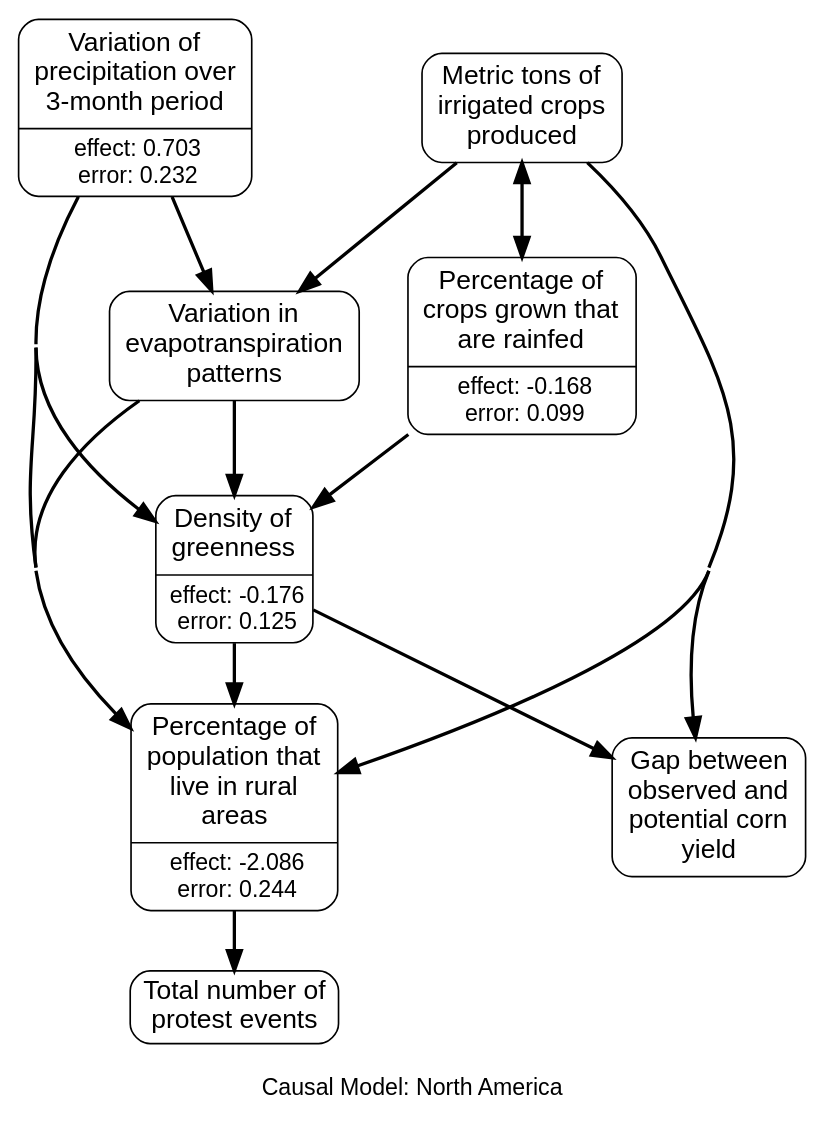
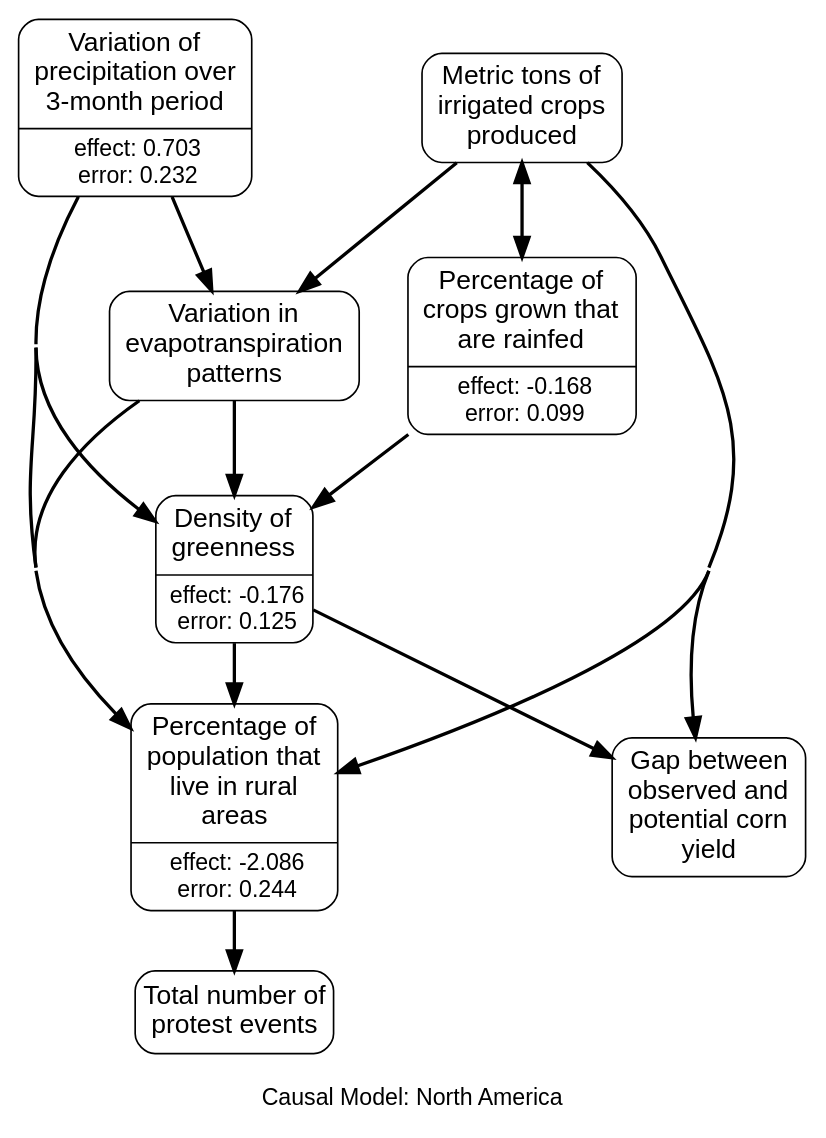
One commit to wri/wri-wpsi changed the diagram in app/javascript/images/regions/causal_graphs/north_america.gv. Above: the diagram before and after it, drawn with Graphviz. The commit also changed 14 other files, not shown here.

```diff
--- a/app/javascript/images/regions/causal_graphs/north_america.gv
+++ b/app/javascript/images/regions/causal_graphs/north_america.gv
@@ -1,67 +1,67 @@
 # generated file for region: north_america by CausalModelRegionGenerator
 strict digraph causalModel {
 fontname="Helvetica, Arial, sans-serif";
 label="
 Causal Model: North America";
 labelloc = b;
 nodesep = 0.4;
 concentrate = true;
 node[shape = Mrecord, fontname = "Helvetica, Arial, sans-serif", margin = "0.10,0.06", penwidth = 1.0];
 edge[arrowsize = 1.2, penwidth = 2];
 
 # nodes
 rurratio_s [label = <{<table align="center" border="0" cellspacing="1" cellpadding="1">
 <tr><td><font point-size="16">Percentage of<br/>population that<br/>live in rural<br/>areas<br/></font></td></tr>
 </table>
 |<table border="0" cellspacing="1" cellpadding="0.5"><tr><td><font point-size="14">effect: -2.086</font></td></tr>
 <tr><td><font point-size="14">error: 0.244</font></td></tr></table>}>, class = rankB];
 et_anom_m_STD_m [label = <<table align="center" border="0" cellspacing="1" cellpadding="1">
 <tr><td><font point-size="16">Variation in<br/>evapotranspiration<br/>patterns<br/></font></td></tr>
 </table>
 >, class = rankB];
 ndvi_act_min_m [label = <{<table align="center" border="0" cellspacing="1" cellpadding="1">
 <tr><td><font point-size="16">Density of<br/>greenness<br/></font></td></tr>
 </table>
 |<table border="0" cellspacing="1" cellpadding="0.5"><tr><td><font point-size="14">effect: -0.176</font></td></tr>
 <tr><td><font point-size="14">error: 0.125</font></td></tr></table>}>, class = rankB];
 spi_3_m [label = <{<table align="center" border="0" cellspacing="1" cellpadding="1">
 <tr><td><font point-size="16">Variation of<br/>precipitation over<br/>3-month period<br/></font></td></tr>
 </table>
 |<table border="0" cellspacing="1" cellpadding="0.5"><tr><td><font point-size="14">effect: 0.703</font></td></tr>
 <tr><td><font point-size="14">error: 0.232</font></td></tr></table>}>, class = rankA];
 rainfed_s [label = <{<table align="center" border="0" cellspacing="1" cellpadding="1">
 <tr><td><font point-size="16">Percentage of<br/>crops grown that<br/>are rainfed<br/></font></td></tr>
 </table>
 |<table border="0" cellspacing="1" cellpadding="0.5"><tr><td><font point-size="14">effect: -0.168</font></td></tr>
 <tr><td><font point-size="14">error: 0.099</font></td></tr></table>}>, class = rankB];
 spam_P_i_sum_s [label = <<table align="center" border="0" cellspacing="1" cellpadding="1">
 <tr><td><font point-size="16">Metric tons of<br/>irrigated crops<br/>produced<br/></font></td></tr>
 </table>
 >, class = rankB];
 yield_gap_maize_s [label = <<table align="center" border="0" cellspacing="1" cellpadding="1">
 <tr><td><font point-size="16">Gap between<br/>observed and<br/>potential corn<br/>yield<br/></font></td></tr>
 </table>
 >, class = rankB];
 acl_pprt_evnt_m [label = "Total number of
-protest events", class = rankC, shape=box, style=rounded, fontsize="16pt"];
+protest events" class = rankC shape=box style=rounded fontsize="16pt" margin = "0.05,0.10"];
 
 #ranks
 
 
 # links
 rurratio_s -> acl_pprt_evnt_m;
 et_anom_m_STD_m -> rurratio_s;
 et_anom_m_STD_m -> ndvi_act_min_m;
 ndvi_act_min_m -> rurratio_s;
 ndvi_act_min_m -> yield_gap_maize_s;
 spi_3_m -> rurratio_s;
 spi_3_m -> et_anom_m_STD_m;
 spi_3_m -> ndvi_act_min_m;
 rainfed_s -> ndvi_act_min_m;
 rainfed_s -> spam_P_i_sum_s;
 spam_P_i_sum_s -> rurratio_s;
 spam_P_i_sum_s -> et_anom_m_STD_m;
 spam_P_i_sum_s -> rainfed_s;
 spam_P_i_sum_s -> yield_gap_maize_s;
 
 }
```
